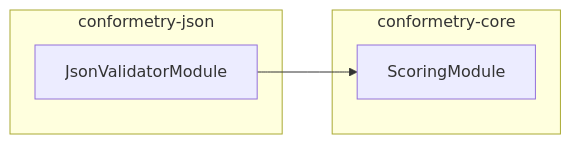
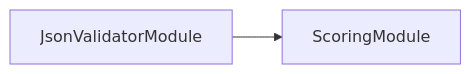
One commit to JimmyPaolini/codebase changed the second of 3 diagrams in packages/conformetry-json/README.md. Above: the diagram before and after it, drawn with Mermaid. The commit also changed other lines of this file and 241 other files, not shown here.

First line of the commit message:
feat(codependix,synchronization,deployments,documentation,codebase): ✨ add the codependix dependency-graph export suite (#335)

````diff
--- a/packages/conformetry-json/README.md
+++ b/packages/conformetry-json/README.md
@@ -54,10 +146,6 @@
 ```mermaid
 flowchart LR
-  subgraph group0["conformetry-json"]
-    JsonValidatorModule
-  end
-  subgraph group1["conformetry-core"]
-    ScoringModule
-  end
+  JsonValidatorModule
+  ScoringModule
   JsonValidatorModule --> ScoringModule
 ```
````
